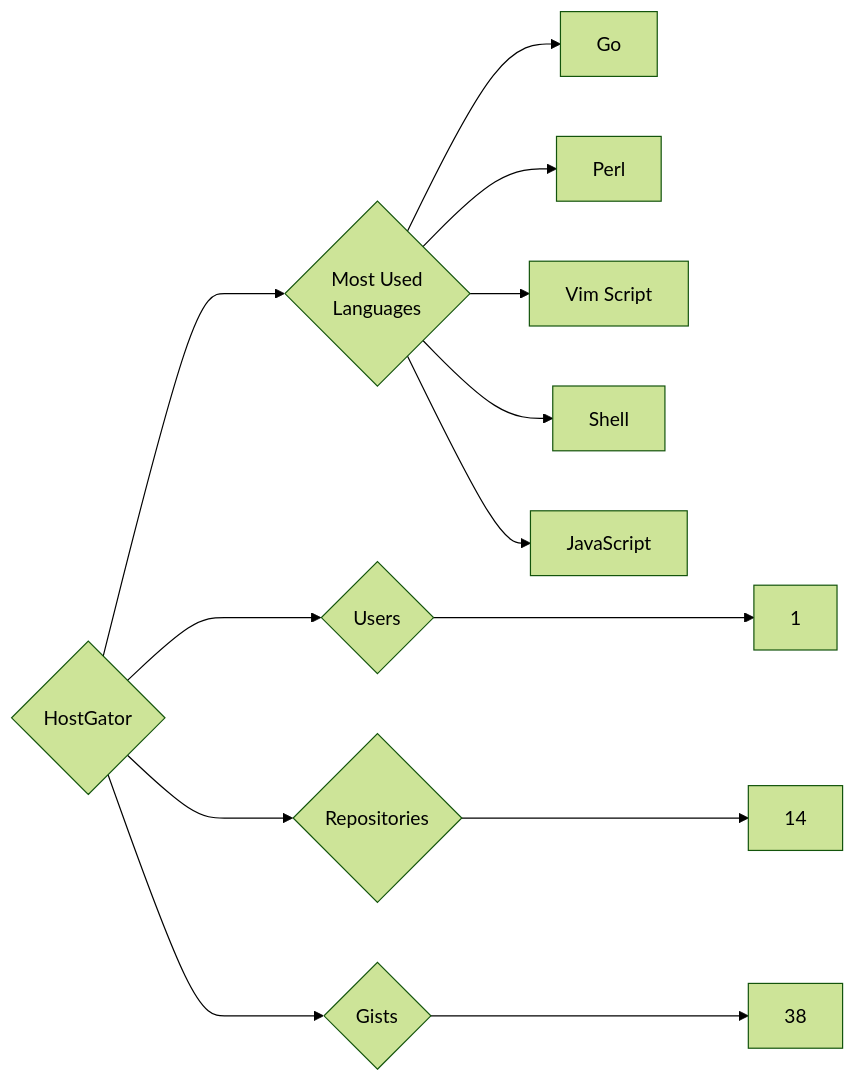
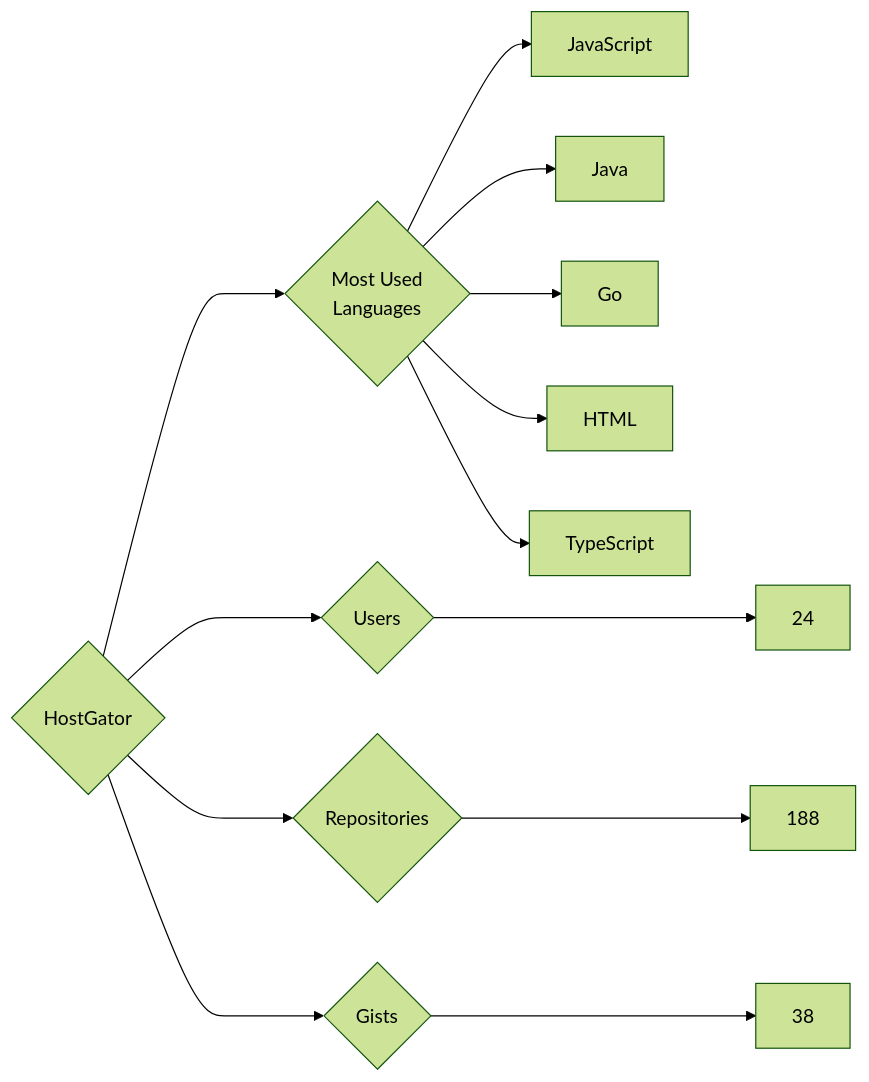
One commit to trickest/insiders changed the diagram in targets/HostGator/README.md. Above: the diagram before and after it, drawn with Mermaid (forest theme). The commit also changed 714 other files, not shown here.

````diff
--- a/targets/HostGator/README.md
+++ b/targets/HostGator/README.md
@@ -3,13 +3,13 @@
 ```mermaid
 graph LR
 COMPANY_NAME{HostGator}
-COMPANY_NAME ---> U{Users} ---> UN[1]
-COMPANY_NAME ---> R{Repositories} ---> RN[14]
+COMPANY_NAME ---> U{Users} ---> UN[24]
+COMPANY_NAME ---> R{Repositories} ---> RN[188]
 COMPANY_NAME ---> G{Gists} ---> GN[38]
 COMPANY_NAME ---> ML{Most Used<br>Languages}
+ML --> JavaScript[JavaScript]
+ML --> Java[Java]
 ML --> Go[Go]
-ML --> Perl[Perl]
-ML --> Vim_Script[Vim Script]
-ML --> Shell[Shell]
-ML --> JavaScript[JavaScript]
+ML --> HTML[HTML]
+ML --> TypeScript[TypeScript]
 ```
````
